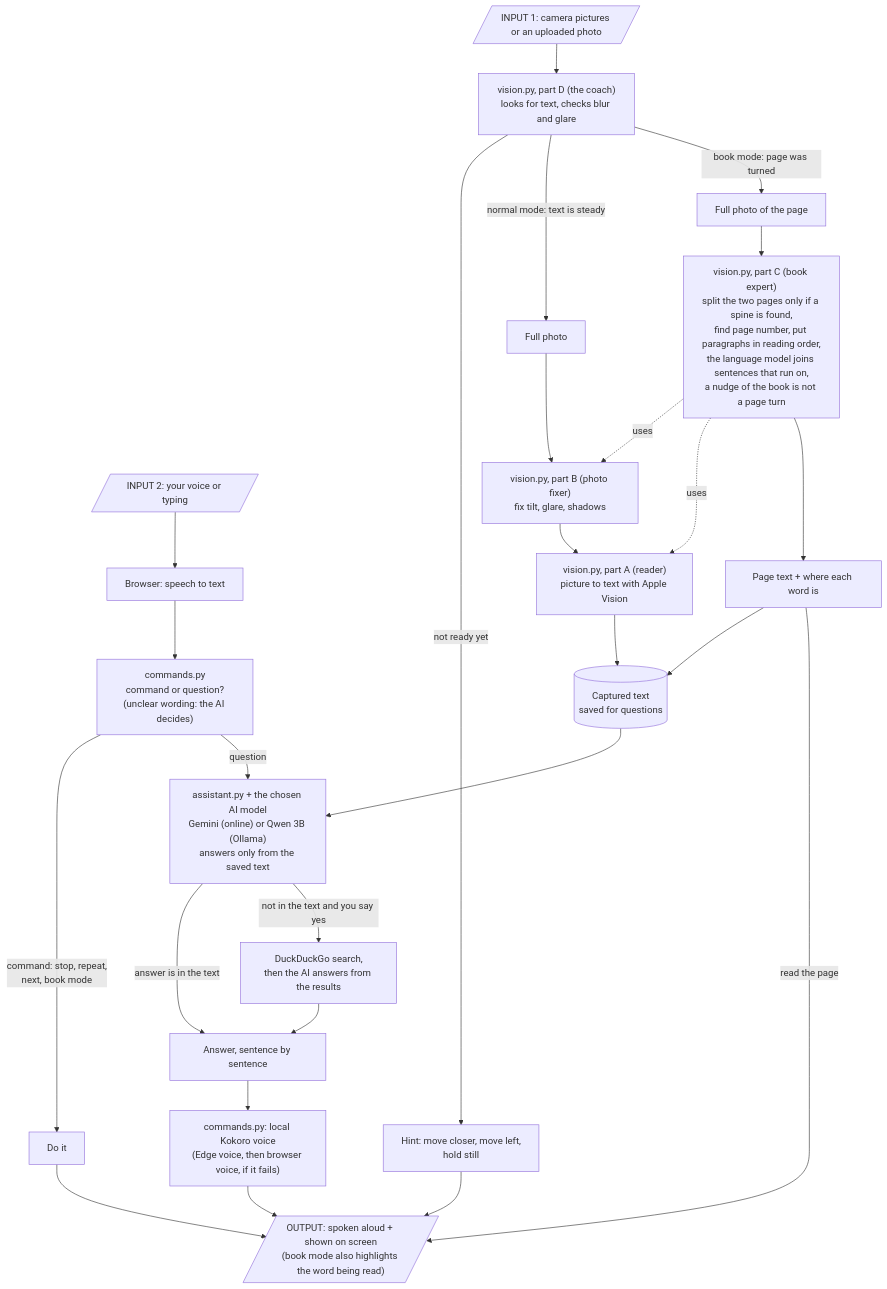
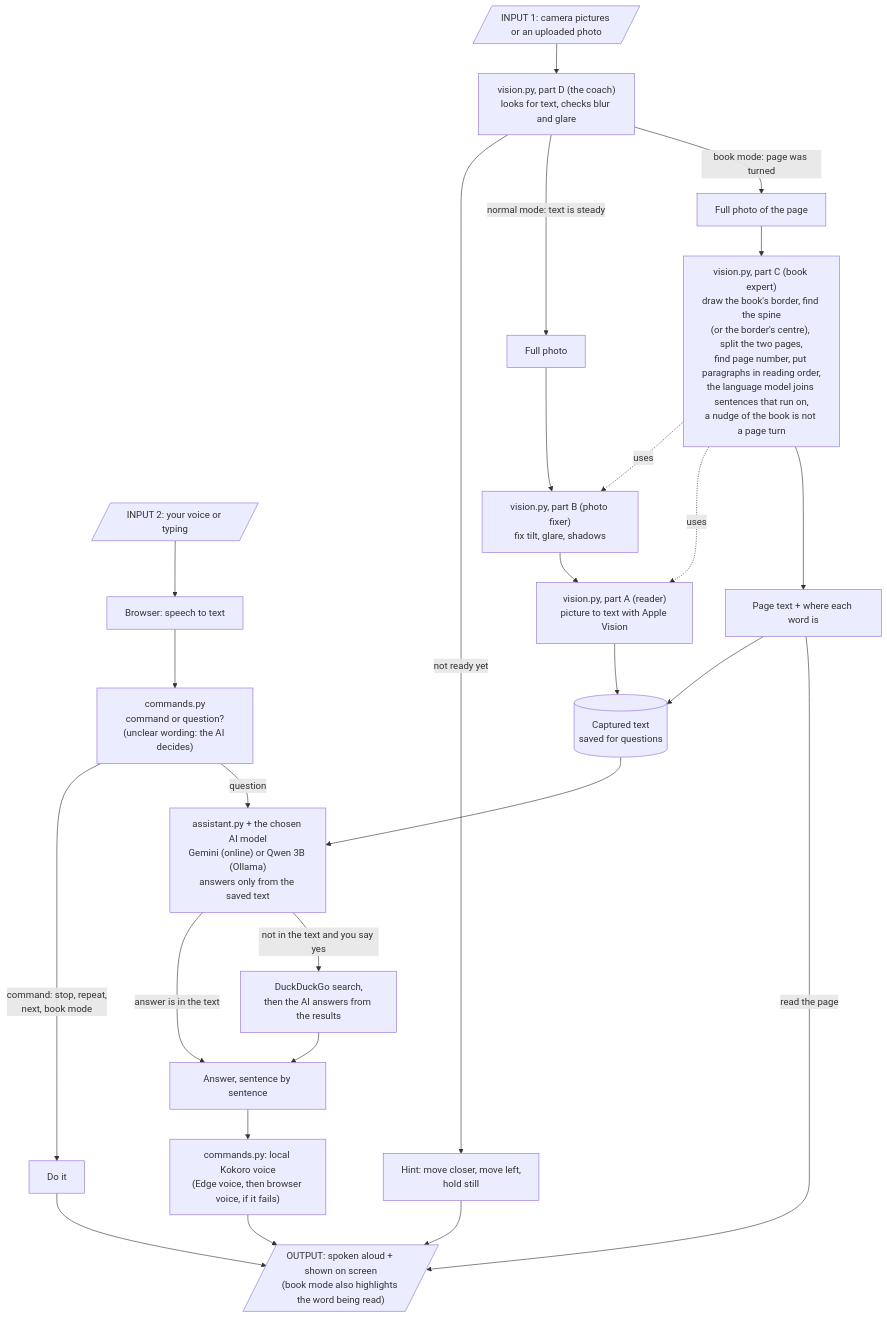
One commit to neerajprao/Helping_Eyes changed the diagram in markdown/working.md. Above: the diagram before and after it, drawn with Mermaid. The commit also changed other lines of this file and 6 other files, not shown here.

Commit message:
Book mode: border round the open book (Apple's document detector, else outline grown from both pages' text) and a spine line that leans with it; spine from the cues inside the border, else its centre; red border and yellow spine on screen; 4 new tests

````diff
--- a/markdown/working.md
+++ b/markdown/working.md
@@ -95,36 +95,36 @@
 ```mermaid
 flowchart TD
     CAM[/"INPUT 1: camera pictures or an uploaded photo"/]
     VOICE[/"INPUT 2: your voice or typing"/]
 
     CAM --> COACH["vision.py, part D (the coach)<br/>looks for text, checks blur and glare"]
     COACH -->|not ready yet| HINT["Hint: move closer, move left,<br/>hold still"]
     COACH -->|normal mode: text is steady| PHOTO["Full photo"]
     COACH -->|book mode: page was turned| BOOKPHOTO["Full photo of the page"]
 
     PHOTO --> FIX["vision.py, part B (photo fixer)<br/>fix tilt, glare, shadows"]
     FIX --> READ["vision.py, part A (reader)<br/>picture to text with Apple Vision"]
     READ --> SAVED[("Captured text<br/>saved for questions")]
 
-    BOOKPHOTO --> BOOK["vision.py, part C (book expert)<br/>split the two pages only if a spine is found,<br/>find page number, put paragraphs in reading order,<br/>the language model joins sentences that run on,<br/>a nudge of the book is not a page turn"]
+    BOOKPHOTO --> BOOK["vision.py, part C (book expert)<br/>draw the book's border, find the spine<br/>(or the border's centre), split the two pages,<br/>find page number, put paragraphs in reading order,<br/>the language model joins sentences that run on,<br/>a nudge of the book is not a page turn"]
     BOOK -.uses.-> FIX
     BOOK -.uses.-> READ
     BOOK --> PAGE["Page text + where each word is"]
     PAGE --> SAVED
 
     VOICE --> STT["Browser: speech to text"]
     STT --> CMD["commands.py<br/>command or question?<br/>(unclear wording: the AI decides)"]
     CMD -->|command: stop, repeat,<br/>next, book mode| ACT["Do it"]
     CMD -->|question| AI["assistant.py + the chosen AI model<br/>Gemini (online) or Qwen 3B (Ollama)<br/>answers only from the saved text"]
     SAVED --> AI
     AI -->|answer is in the text| ANSWER["Answer, sentence by sentence"]
     AI -->|not in the text and you say yes| WEB["DuckDuckGo search,<br/>then the AI answers from the results"]
     WEB --> ANSWER
 
     ANSWER --> VOICEOUT["commands.py: local Kokoro voice<br/>(Edge voice, then browser voice, if it fails)"]
     VOICEOUT --> OUT
     HINT --> OUT
     ACT --> OUT
     PAGE -->|read the page| OUT
     OUT[/"OUTPUT: spoken aloud + shown on screen<br/>(book mode also highlights the word being read)"/]
 ```
````
